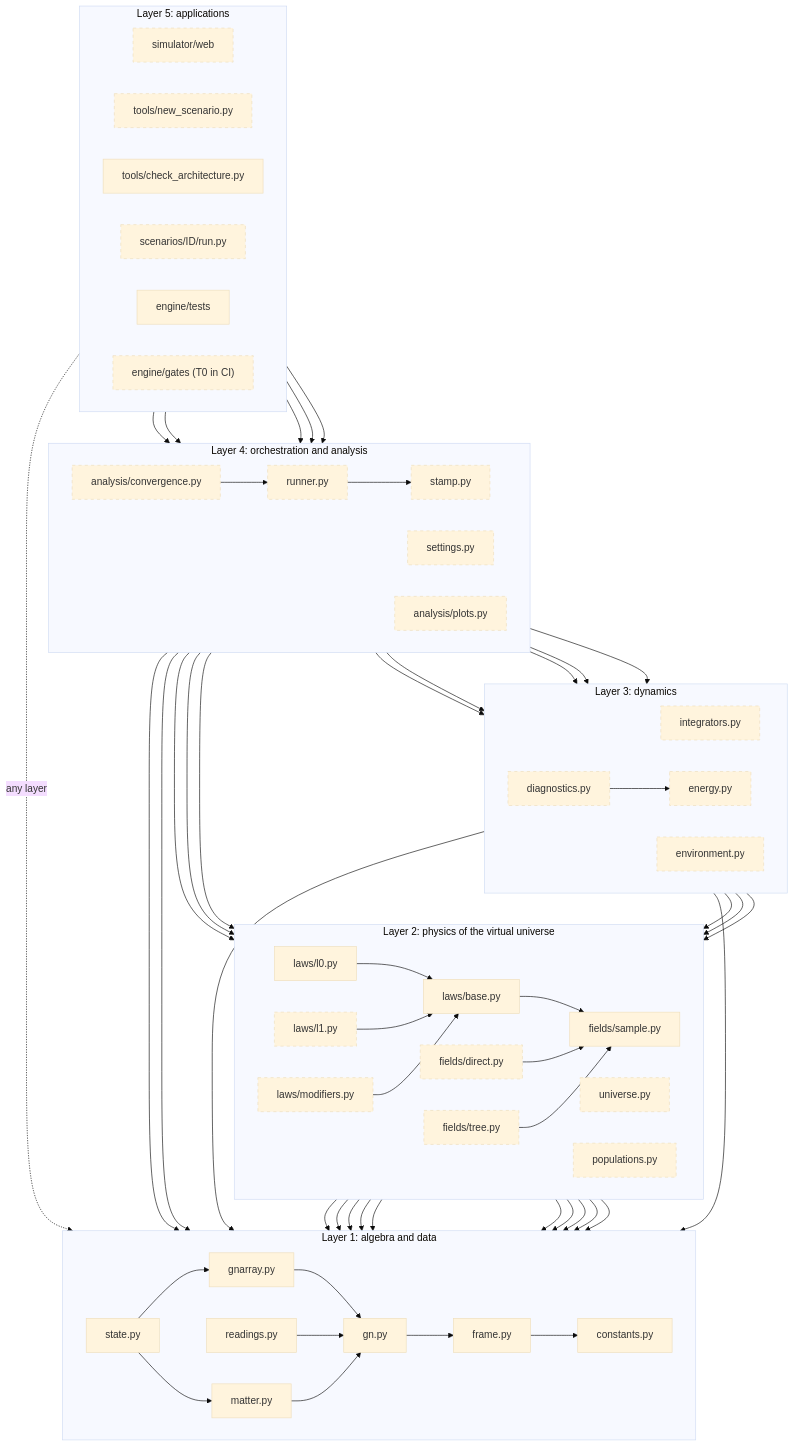
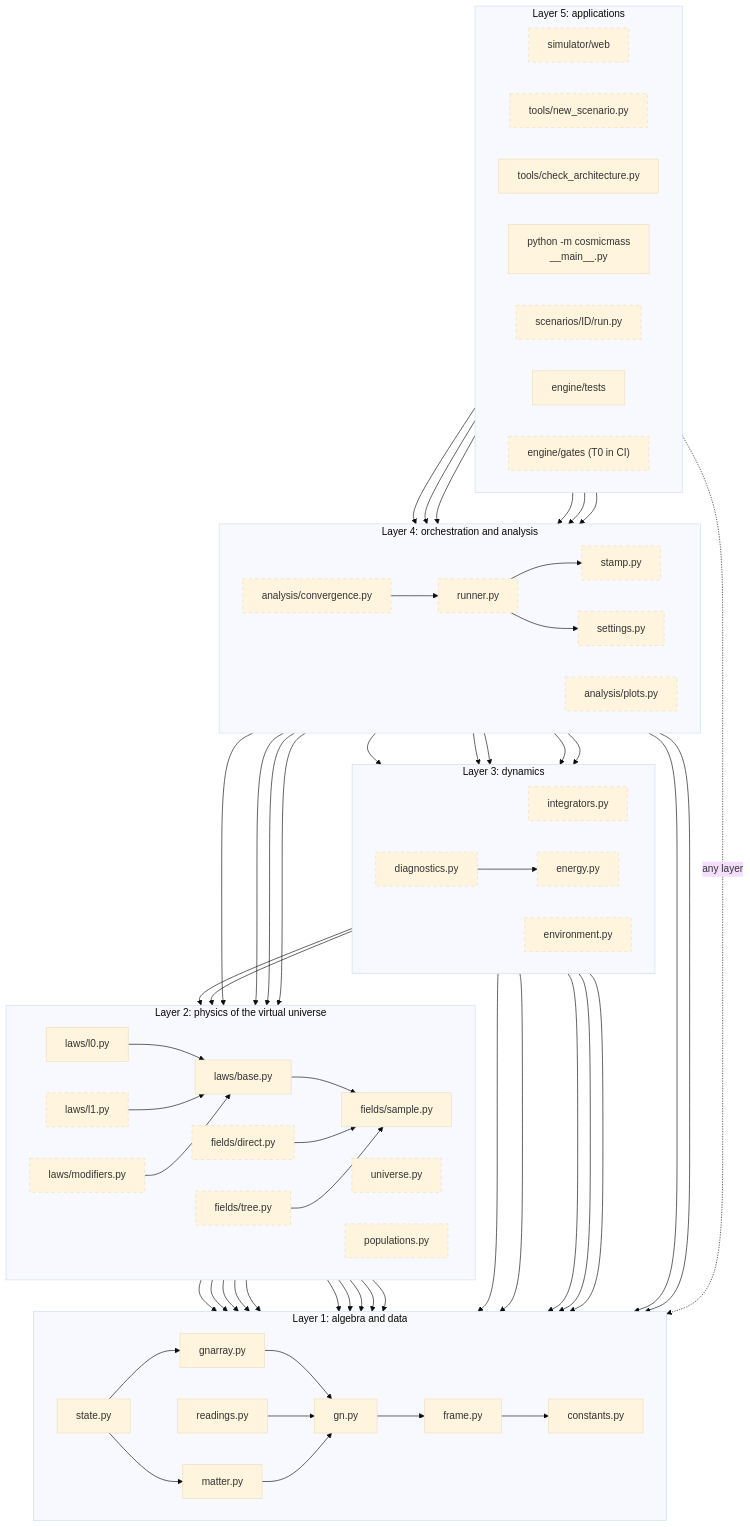
One commit to MostafaDerraz/cosmic-mass-lab changed the second of 8 diagrams in ARCHITECTURE.md. Above: the diagram before and after it, drawn with Mermaid (base theme). The commit also changed other lines of this file and 12 other files, not shown here.

First line of the commit message:
MVP-7: runner, stamp, command line, diagnostics, L0 energy (E7.1 to E7.3, E8.1, E9)

```diff
--- a/ARCHITECTURE.md
+++ b/ARCHITECTURE.md
@@ -123,6 +124,7 @@
         webui["simulator/web"]:::planned
         scaffold["tools/new_scenario.py"]:::planned
         archcheck["tools/check_architecture.py"]
+        cli["python -m cosmicmass<br/>__main__.py"]
         scen["scenarios/ID/run.py"]:::planned
         tests["engine/tests"]
         gatetests["engine/gates (T0 in CI)"]:::planned
@@ -170,6 +172,7 @@
     end
 
     scen --> runner
+    cli --> runner
     scen --> settings
     gatetests --> runner
     tests -.->|"any layer"| gn
@@ -179,6 +182,8 @@
     runner --> environment
     runner --> diagnostics
     runner --> stamp
+    runner --> settings
+    runner --> fields
     settings --> universe
     settings --> populations
     settings --> lawbase
@@ -191,7 +196,9 @@
     integrators --> state
     settings --> environment
     diagnostics --> energy
-    energy --> fields
+    energy --> gnarray
+    energy --> state
+    diagnostics --> state
     environment --> state
     l0 --> lawbase
     l1 --> lawbase
```
